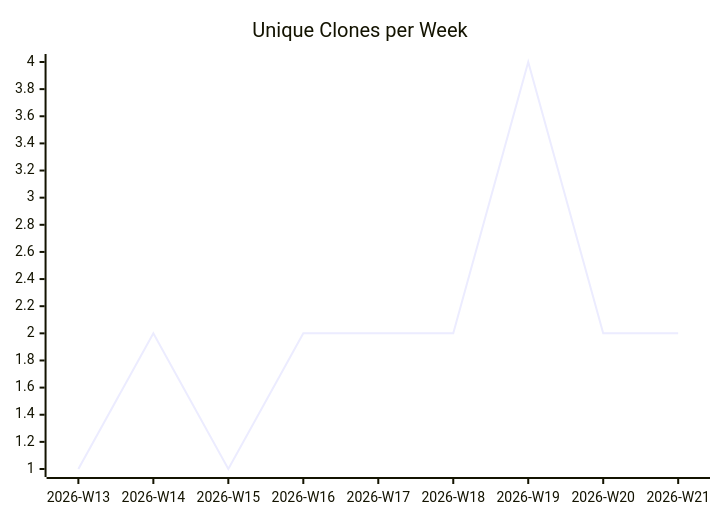
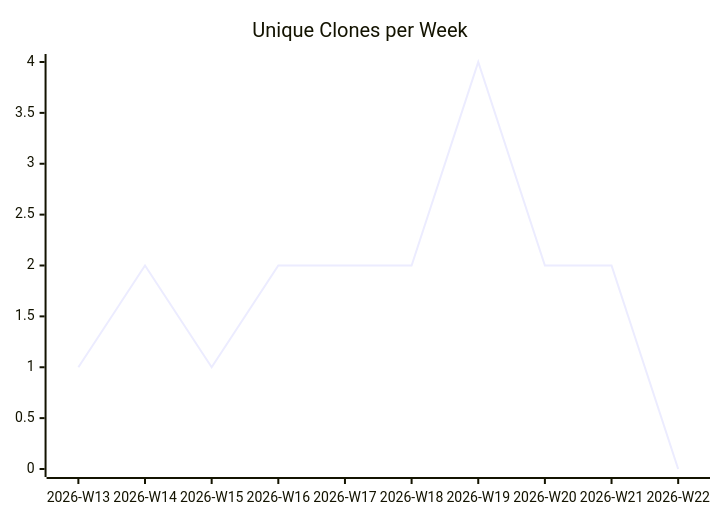
The third of 3 diagrams in karlmdavis/sample-maven-and-rcp/README.md (justdavis-family/github-analytics-data), drawn with Mermaid before and after one commit. The commit also changed other lines of this file and 190 other files, not shown here.

````diff
--- a/karlmdavis/sample-maven-and-rcp/README.md
+++ b/karlmdavis/sample-maven-and-rcp/README.md
@@ -19,6 +19,6 @@
 ```mermaid
 xychart-beta
   title "Unique Clones per Week"
-  x-axis ["2026-W13", "2026-W14", "2026-W15", "2026-W16", "2026-W17", "2026-W18", "2026-W19", "2026-W20", "2026-W21"]
-  line [1, 2, 1, 2, 2, 2, 4, 2, 2]
+  x-axis ["2026-W13", "2026-W14", "2026-W15", "2026-W16", "2026-W17", "2026-W18", "2026-W19", "2026-W20", "2026-W21", "2026-W22"]
+  line [1, 2, 1, 2, 2, 2, 4, 2, 2, 0]
 ```
````
